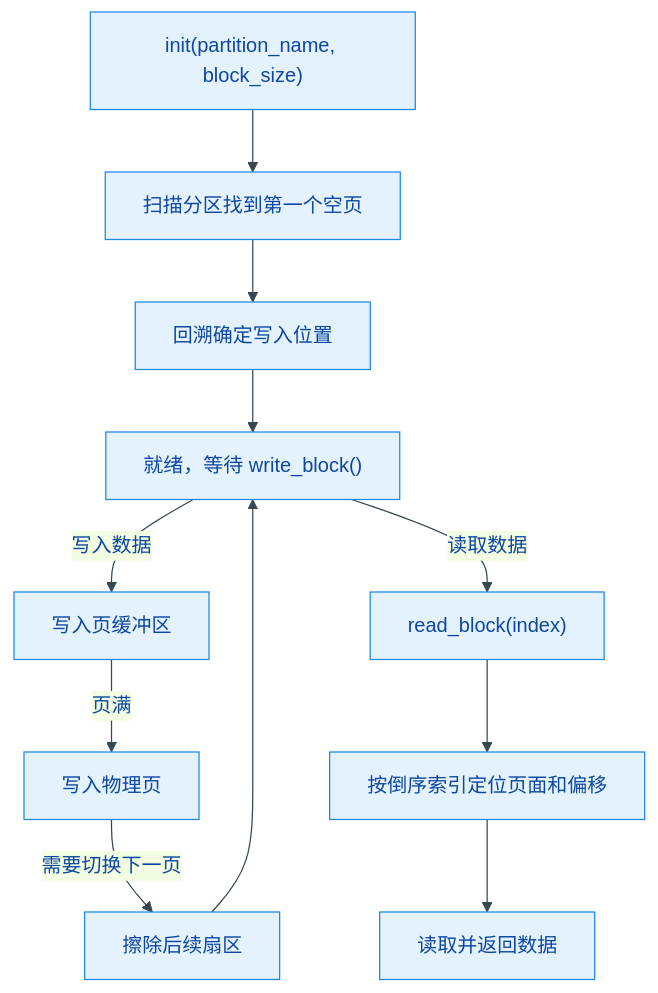
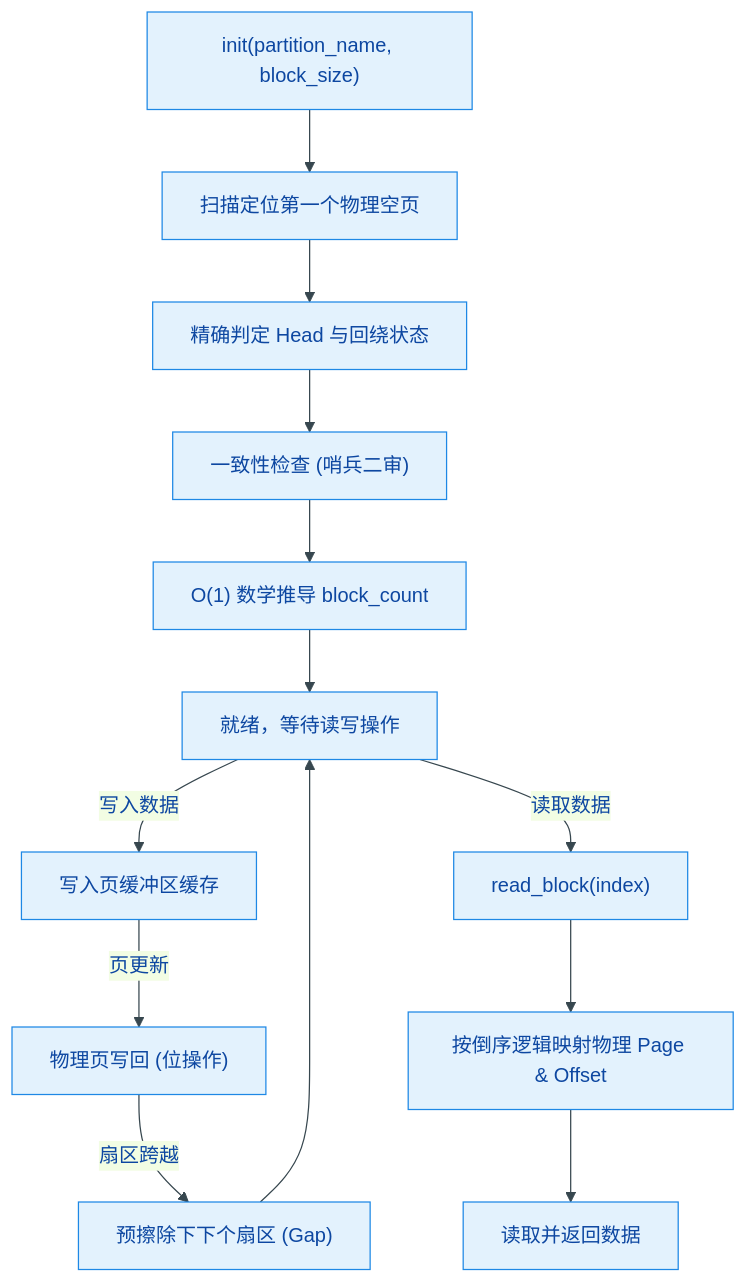
One commit to qingmeijiupiao/Wireless_power_meter_lite changed the diagram in components/bsp/circular_flash_buffer/README.md. Above: the diagram before and after it, drawn with Mermaid. The commit also changed other lines of this file and 4 other files, not shown here.

````diff
--- a/components/bsp/circular_flash_buffer/README.md
+++ b/components/bsp/circular_flash_buffer/README.md
@@ -31,14 +26,16 @@
 ```mermaid
 %%{init: { 'theme': 'base', 'themeVariables': { 'primaryColor': '#E3F2FD', 'primaryBorderColor': '#1E88E5', 'primaryTextColor': '#0D47A1', 'lineColor': '#37474F', 'clusterBkg': '#F8FBFF', 'clusterBorder': '#90CAF9' } }}%%
 flowchart TD
-    A["init(partition_name, block_size)"] --> B["扫描分区找到第一个空页"]
-    B --> C["回溯确定写入位置"]
-    C --> D["就绪，等待 write_block()"]
-    D -->|写入数据| E["写入页缓冲区"]
-    E -->|页满| F["写入物理页"]
-    F -->|需要切换下一页| G["擦除后续扇区"]
-    G --> D
-    D -->|读取数据| H["read_block(index)"]
-    H --> I["按倒序索引定位页面和偏移"]
-    I --> J["读取并返回数据"]
+    A["init(partition_name, block_size)"] --> B["扫描定位第一个物理空页"]
+    B --> C["精确判定 Head 与回绕状态"]
+    C --> D["一致性检查 (哨兵二审)"]
+    D --> E["O(1) 数学推导 block_count"]
+    E --> F["就绪，等待读写操作"]
+    F -->|写入数据| G["写入页缓冲区缓存"]
+    G -->|页更新| H["物理页写回 (位操作)"]
+    H -->|扇区跨越| I["预擦除下下个扇区 (Gap)"]
+    I --> F
+    F -->|读取数据| J["read_block(index)"]
+    J --> K["按倒序逻辑映射物理 Page & Offset"]
+    K --> L["读取并返回数据"]
 ```
````
